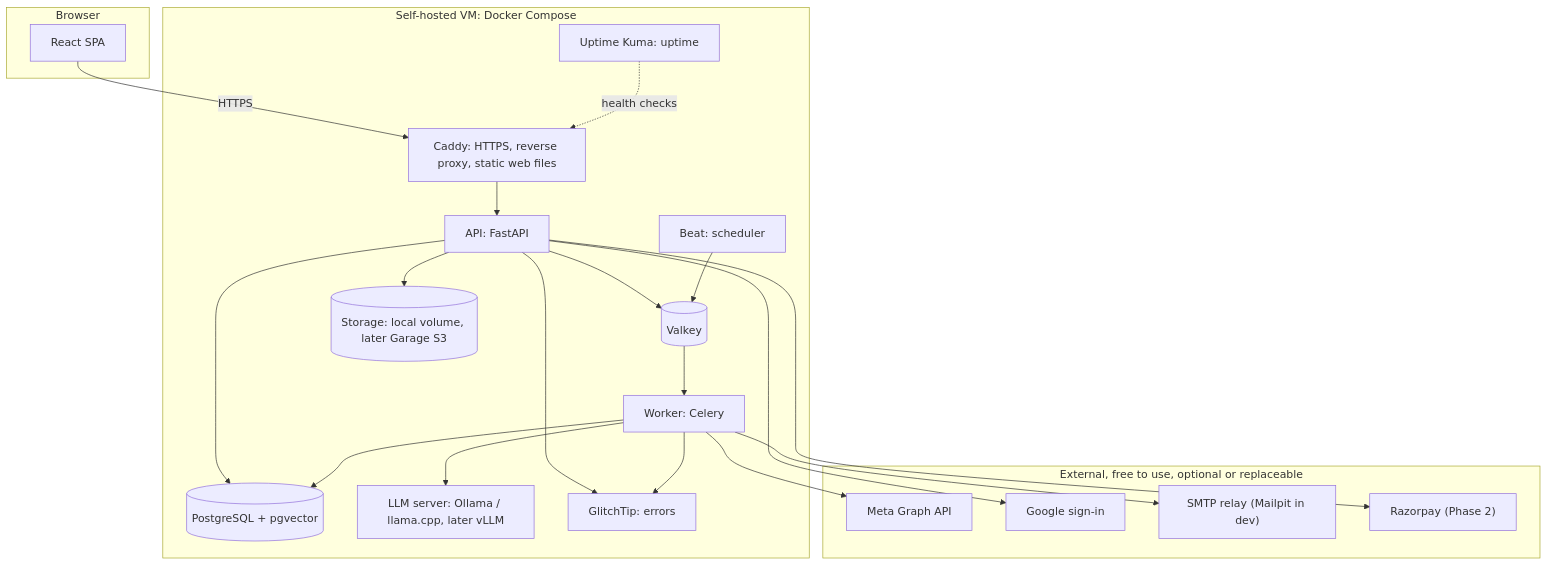
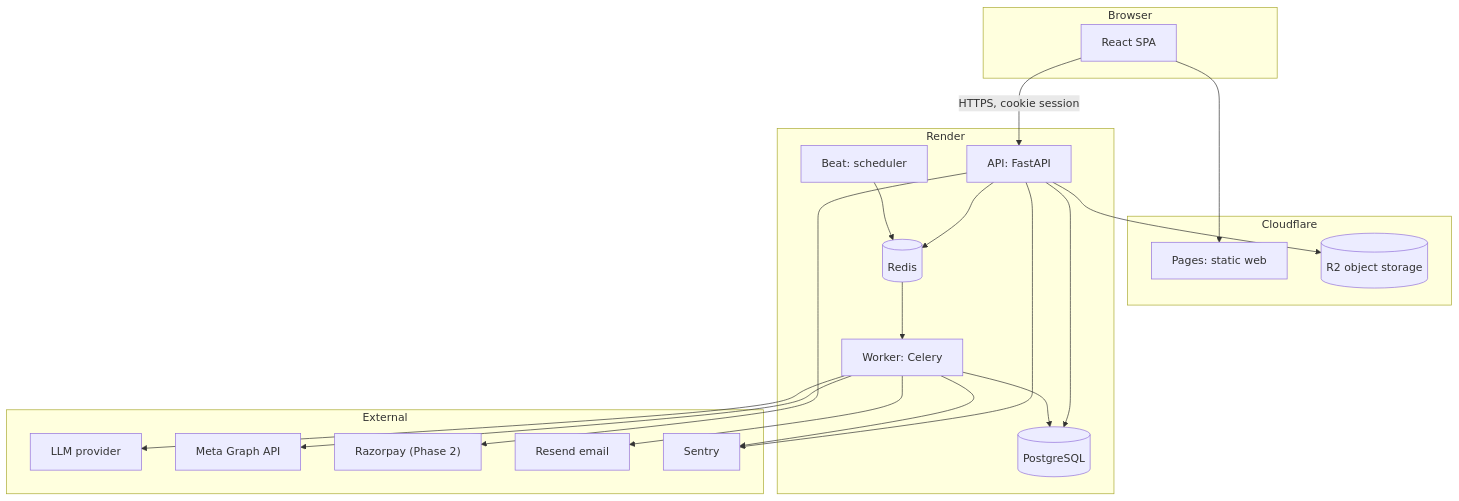
The first of 6 diagrams in ARCHITECTURE.md (vistaroai/Vistaro-MVP), drawn with Mermaid before and after one commit. The commit also changed other lines of this file and 8 other files, not shown here.

````diff
--- a/ARCHITECTURE.md
+++ b/ARCHITECTURE.md
@@ -62,40 +45,38 @@
 ```mermaid
 flowchart TB
     subgraph Browser["Browser"]
         SPA["React SPA"]
     end
-    subgraph VM["Self-hosted VM: Docker Compose"]
-        CADDY["Caddy: HTTPS, reverse proxy, static web files"]
+    subgraph CF["Cloudflare"]
+        PAGES["Pages: static web"]
+        R2[("R2 object storage")]
+    end
+    subgraph Render["Render"]
         API["API: FastAPI"]
         WRK["Worker: Celery"]
         BEAT["Beat: scheduler"]
-        PG[("PostgreSQL + pgvector")]
-        VK[("Valkey")]
-        STO[("Storage: local volume, later Garage S3")]
-        LLMS["LLM server: Ollama / llama.cpp, later vLLM"]
-        GT["GlitchTip: errors"]
-        UK["Uptime Kuma: uptime"]
+        PG[("PostgreSQL")]
+        RD[("Redis")]
     end
-    subgraph Ext["External, free to use, optional or replaceable"]
+    subgraph Ext["External"]
+        LLM["LLM provider"]
         META["Meta Graph API"]
-        GOOG["Google sign-in"]
-        SMTP["SMTP relay (Mailpit in dev)"]
         RZP["Razorpay (Phase 2)"]
+        MAIL["Resend email"]
+        SENTRY["Sentry"]
     end
-    SPA -->|"HTTPS"| CADDY
-    CADDY --> API
+    SPA --> PAGES
+    SPA -->|"HTTPS, cookie session"| API
     API --> PG
-    API --> VK
-    API --> STO
-    API --> GOOG
+    API --> RD
+    API --> R2
+    BEAT --> RD
+    RD --> WRK
+    WRK --> PG
+    WRK --> LLM
+    WRK --> META
+    WRK --> MAIL
     API --> RZP
-    BEAT --> VK
-    VK --> WRK
-    WRK --> PG
-    WRK --> LLMS
-    WRK --> META
-    WRK --> SMTP
-    API --> GT
-    WRK --> GT
-    UK -.->|"health checks"| CADDY
+    API --> SENTRY
+    WRK --> SENTRY
 ```
````
